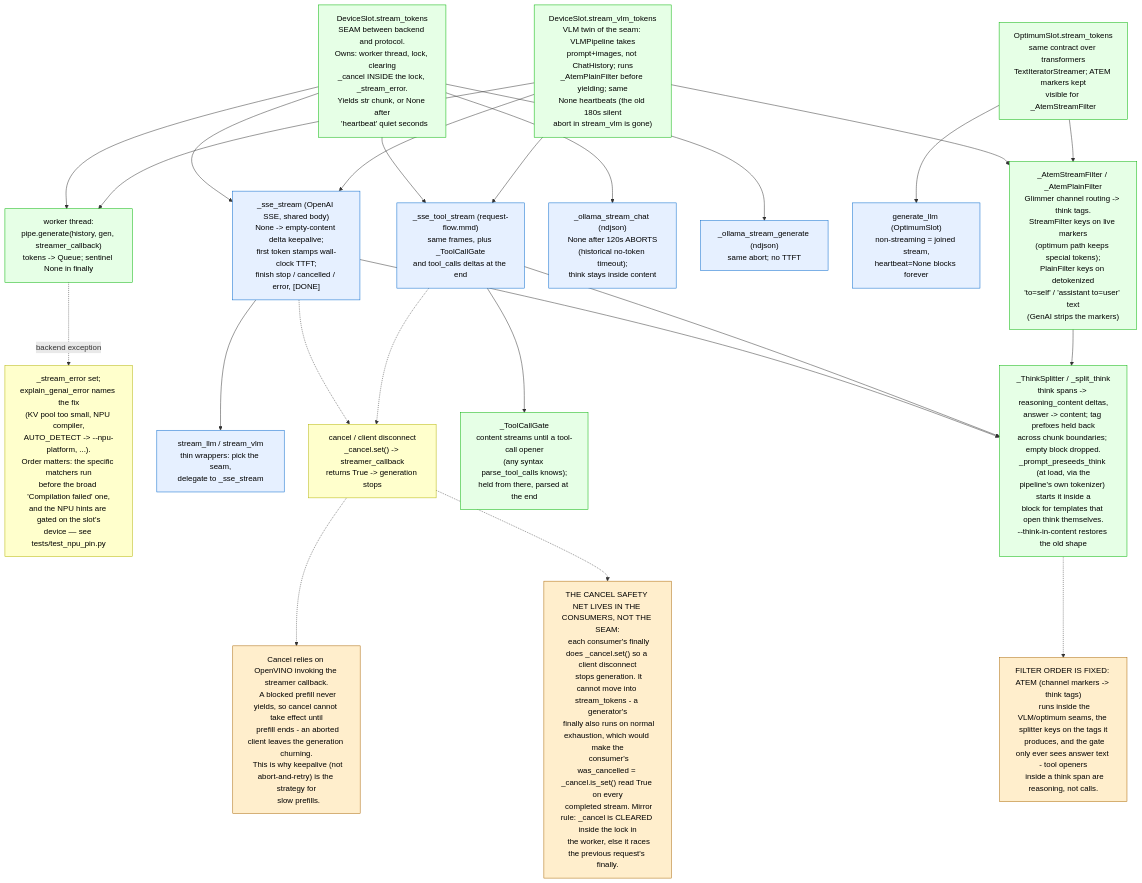
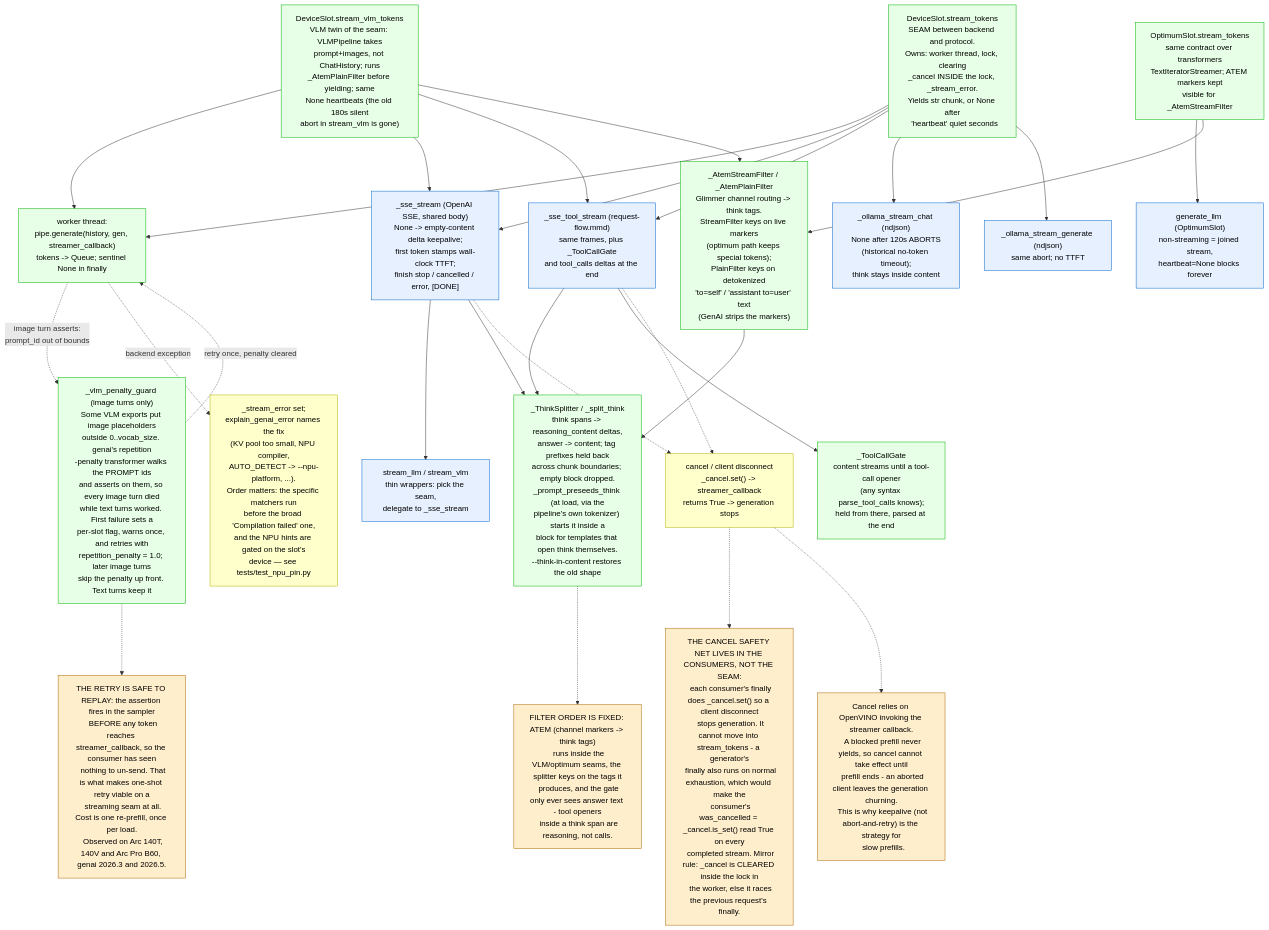
One commit to aweussom/NoLlama changed the diagram in docs/stream-plumbing.mmd. Above: the diagram before and after it, drawn with Mermaid. The commit also changed 6 other files, not shown here.

```diff
--- a/docs/stream-plumbing.mmd
+++ b/docs/stream-plumbing.mmd
@@ -1,80 +1,92 @@
 %% Token streaming: the stream_tokens seam, its consumers, cancel semantics.
 %% Drawn 2026-08-19 from nollama.py @ 85e796f.
 %% Updated 2026-08-30: stream_vlm_tokens seam, shared _sse_stream, _ThinkSplitter/_ToolCallGate (issue #36).
+%% Updated 2026-09-01: _vlm_penalty_guard one-shot retry on the image path.
 %% Legend: solid = normal path, dashed = failure/timeout/cancel paths,
 %%         ALL-CAPS nodes = prose annotations.
 %% Palette: route (blue) = protocol consumers, gen (green) = backend/worker,
 %%          client (yellow) = wire frames, warn (orange) = annotations.
-%% covers: nollama.py:stream_tokens,stream_vlm_tokens,stream_llm,stream_vlm,_sse_stream,_ollama_stream_chat,_ollama_stream_generate,generate_llm,cancel,explain_genai_error,_AtemStreamFilter,_AtemPlainFilter,_ThinkSplitter,_split_think,_ToolCallGate,_prompt_preseeds_think
+%% covers: nollama.py:stream_tokens,stream_vlm_tokens,_vlm_penalty_guard,_is_placeholder_bounds_error,stream_llm,stream_vlm,_sse_stream,_ollama_stream_chat,_ollama_stream_generate,generate_llm,cancel,explain_genai_error,_AtemStreamFilter,_AtemPlainFilter,_ThinkSplitter,_split_think,_ToolCallGate,_prompt_preseeds_think
 flowchart TB
   stream_tokens["DeviceSlot.stream_tokens<br/>SEAM between backend and protocol.<br/>Owns: worker thread, lock, clearing<br/>_cancel INSIDE the lock, _stream_error.<br/>Yields str chunk, or None after
   'heartbeat' quiet seconds"]
   worker["worker thread:<br/>pipe.generate(history, gen, streamer_callback)<br/>tokens -> Queue; sentinel None in finally"]
   opt_stream_tokens["OptimumSlot.stream_tokens<br/>same contract over transformers<br/>TextIteratorStreamer; ATEM markers kept<br/>visible for _AtemStreamFilter"]
   stream_vlm_tokens["DeviceSlot.stream_vlm_tokens<br/>VLM twin of the seam: VLMPipeline takes<br/>prompt+images, not ChatHistory; runs<br/>_AtemPlainFilter before yielding; same<br/>None heartbeats (the old 180s silent<br/>abort in stream_vlm is gone)"]
 
   stream_tokens --> worker
   stream_vlm_tokens --> worker
+
+  penalty_guard["_vlm_penalty_guard (image turns only)<br/>Some VLM exports put image placeholders<br/>outside 0..vocab_size. genai's repetition<br/>-penalty transformer walks the PROMPT ids<br/>and asserts on them, so every image turn died<br/>while text turns worked. First failure sets a<br/>per-slot flag, warns once, and retries with<br/>repetition_penalty = 1.0; later image turns<br/>skip the penalty up front. Text turns keep it"]
+  worker -.->|"image turn asserts:<br/>prompt_id out of bounds"| penalty_guard
+  penalty_guard -.->|"retry once, penalty cleared"| worker
+
+  RETRYSAFE["THE RETRY IS SAFE TO REPLAY: the assertion fires in the sampler
+  BEFORE any token reaches streamer_callback, so the consumer has seen
+  nothing to un-send. That is what makes one-shot retry viable on a
+  streaming seam at all. Cost is one re-prefill, once per load.
+  Observed on Arc 140T, 140V and Arc Pro B60, genai 2026.3 and 2026.5."]
+  penalty_guard -.-> RETRYSAFE
   worker -.->|"backend exception"| _stream_error["_stream_error set;<br/>explain_genai_error names the fix<br/>(KV pool too small, NPU compiler,<br/>AUTO_DETECT -> --npu-platform, ...).<br/>Order matters: the specific matchers run<br/>before the broad 'Compilation failed' one,<br/>and the NPU hints are gated on the slot's<br/>device — see tests/test_npu_pin.py"]
 
   _sse_stream["_sse_stream (OpenAI SSE, shared body)<br/>None -> empty-content delta keepalive;<br/>first token stamps wall-clock TTFT;<br/>finish stop / cancelled / error, [DONE]"]
   stream_llm["stream_llm / stream_vlm<br/>thin wrappers: pick the seam,<br/>delegate to _sse_stream"]
   tool_stream["_sse_tool_stream (request-flow.mmd)<br/>same frames, plus _ToolCallGate<br/>and tool_calls deltas at the end"]
   _ollama_stream_chat["_ollama_stream_chat (ndjson)<br/>None after 120s ABORTS<br/>(historical no-token timeout);<br/>think stays inside content"]
   _ollama_stream_generate["_ollama_stream_generate (ndjson)<br/>same abort; no TTFT"]
   generate_llm["generate_llm (OptimumSlot)<br/>non-streaming = joined stream,<br/>heartbeat=None blocks forever"]
 
   stream_tokens --> _sse_stream
   stream_vlm_tokens --> _sse_stream
   _sse_stream --> stream_llm
   stream_tokens --> tool_stream
   stream_vlm_tokens --> tool_stream
   stream_tokens --> _ollama_stream_chat
   stream_tokens --> _ollama_stream_generate
   opt_stream_tokens --> generate_llm
 
   splitter["_ThinkSplitter / _split_think<br/>think spans -> reasoning_content deltas,<br/>answer -> content; tag prefixes held back<br/>across chunk boundaries; empty block dropped.<br/>_prompt_preseeds_think (at load, via the<br/>pipeline's own tokenizer) starts it inside a<br/>block for templates that open think themselves.<br/>--think-in-content restores the old shape"]
   gate["_ToolCallGate<br/>content streams until a tool-call opener<br/>(any syntax parse_tool_calls knows);<br/>held from there, parsed at the end"]
   _sse_stream --> splitter
   tool_stream --> splitter
   tool_stream --> gate
 
   atem["_AtemStreamFilter / _AtemPlainFilter<br/>Glimmer channel routing -> think tags.<br/>StreamFilter keys on live markers<br/>(optimum path keeps special tokens);<br/>PlainFilter keys on detokenized<br/>'to=self' / 'assistant to=user' text<br/>(GenAI strips the markers)"]
   stream_vlm_tokens --> atem
   opt_stream_tokens --> atem
   atem --> splitter
 
   cancel["cancel / client disconnect<br/>_cancel.set() -> streamer_callback<br/>returns True -> generation stops"]
   _sse_stream -.-> cancel
   tool_stream -.-> cancel
 
   FINALLY["THE CANCEL SAFETY NET LIVES IN THE CONSUMERS, NOT THE SEAM:
   each consumer's finally does _cancel.set() so a client disconnect
   stops generation. It cannot move into stream_tokens - a generator's
   finally also runs on normal exhaustion, which would make the
   consumer's was_cancelled = _cancel.is_set() read True on every
   completed stream. Mirror rule: _cancel is CLEARED inside the lock in
   the worker, else it races the previous request's finally."]
   cancel -.-> FINALLY
 
   CANCELLIMIT["Cancel relies on OpenVINO invoking the streamer callback.
   A blocked prefill never yields, so cancel cannot take effect until
   prefill ends - an aborted client leaves the generation churning.
   This is why keepalive (not abort-and-retry) is the strategy for
   slow prefills."]
   cancel -.-> CANCELLIMIT
 
   ORDER["FILTER ORDER IS FIXED: ATEM (channel markers -> think tags)
   runs inside the VLM/optimum seams, the splitter keys on the tags it
   produces, and the gate only ever sees answer text - tool openers
   inside a think span are reasoning, not calls."]
   splitter -.-> ORDER
 
   classDef route fill:#e6f0ff,stroke:#0066cc,color:#000
   classDef gen fill:#e6ffe6,stroke:#00b300,color:#000
   classDef client fill:#ffffcc,stroke:#b3b300,color:#000
   classDef warn fill:#fec,stroke:#a60,color:#000
   class _sse_stream,stream_llm,tool_stream,_ollama_stream_chat,_ollama_stream_generate,generate_llm route
-  class stream_tokens,stream_vlm_tokens,opt_stream_tokens,worker,atem,splitter,gate gen
+  class stream_tokens,stream_vlm_tokens,opt_stream_tokens,worker,atem,splitter,gate,penalty_guard gen
   class cancel,_stream_error client
-  class FINALLY,CANCELLIMIT,ORDER warn
+  class FINALLY,CANCELLIMIT,ORDER,RETRYSAFE warn
```
